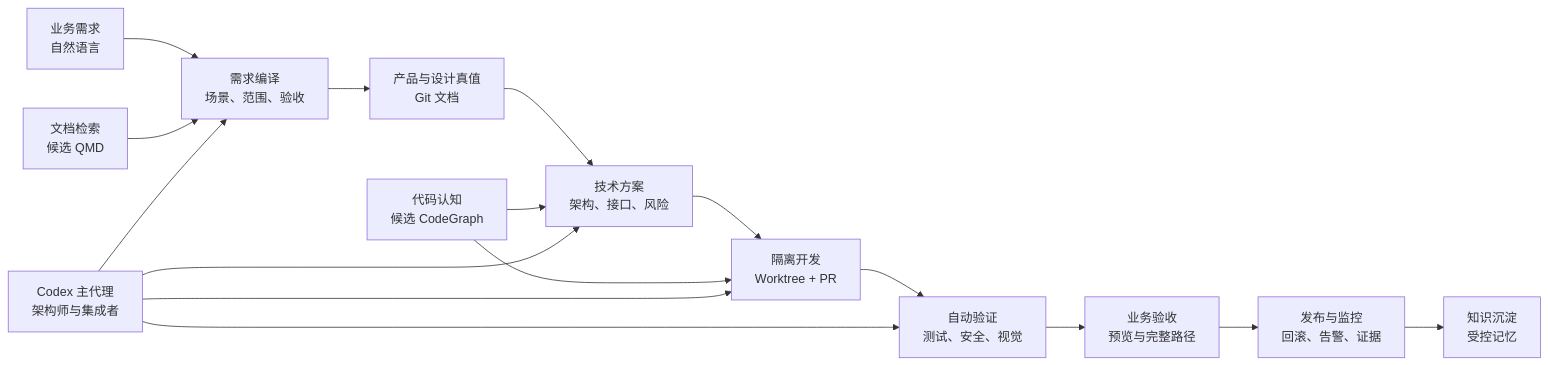
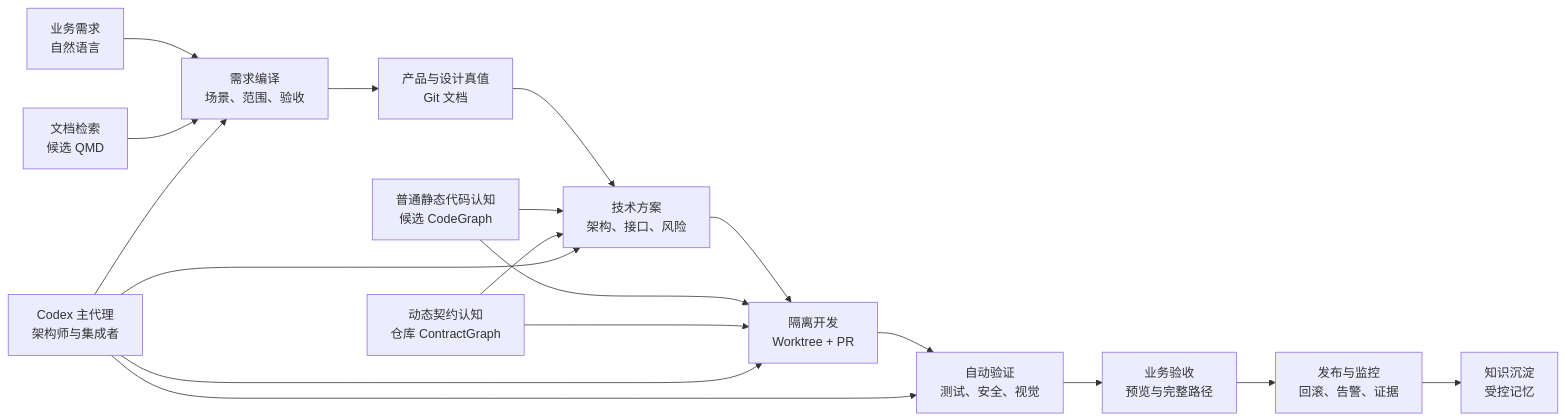
One commit to mlhjyx/global-backend changed the first of 2 diagrams in docs/ai-development/operating-model.md. Above: the diagram before and after it, drawn with Mermaid. The commit also changed other lines of this file and 32 other files, not shown here.

First line of the commit message:
feat(code-intelligence): add worktree-bound contract graph

````diff
--- a/docs/ai-development/operating-model.md
+++ b/docs/ai-development/operating-model.md
@@ -14,19 +14,21 @@
 ```mermaid
 flowchart LR
     A["业务需求<br/>自然语言"] --> B["需求编译<br/>场景、范围、验收"]
     B --> C["产品与设计真值<br/>Git 文档"]
     C --> D["技术方案<br/>架构、接口、风险"]
     D --> E["隔离开发<br/>Worktree + PR"]
     E --> F["自动验证<br/>测试、安全、视觉"]
     F --> G["业务验收<br/>预览与完整路径"]
     G --> H["发布与监控<br/>回滚、告警、证据"]
     H --> I["知识沉淀<br/>受控记忆"]
 
     J["文档检索<br/>候选 QMD"] --> B
-    K["代码认知<br/>候选 CodeGraph"] --> D
+    K["普通静态代码认知<br/>候选 CodeGraph"] --> D
     K --> E
+    M["动态契约认知<br/>仓库 ContractGraph"] --> D
+    M --> E
     L["Codex 主代理<br/>架构师与集成者"] --> B
     L --> D
     L --> E
     L --> F
 ```
````
